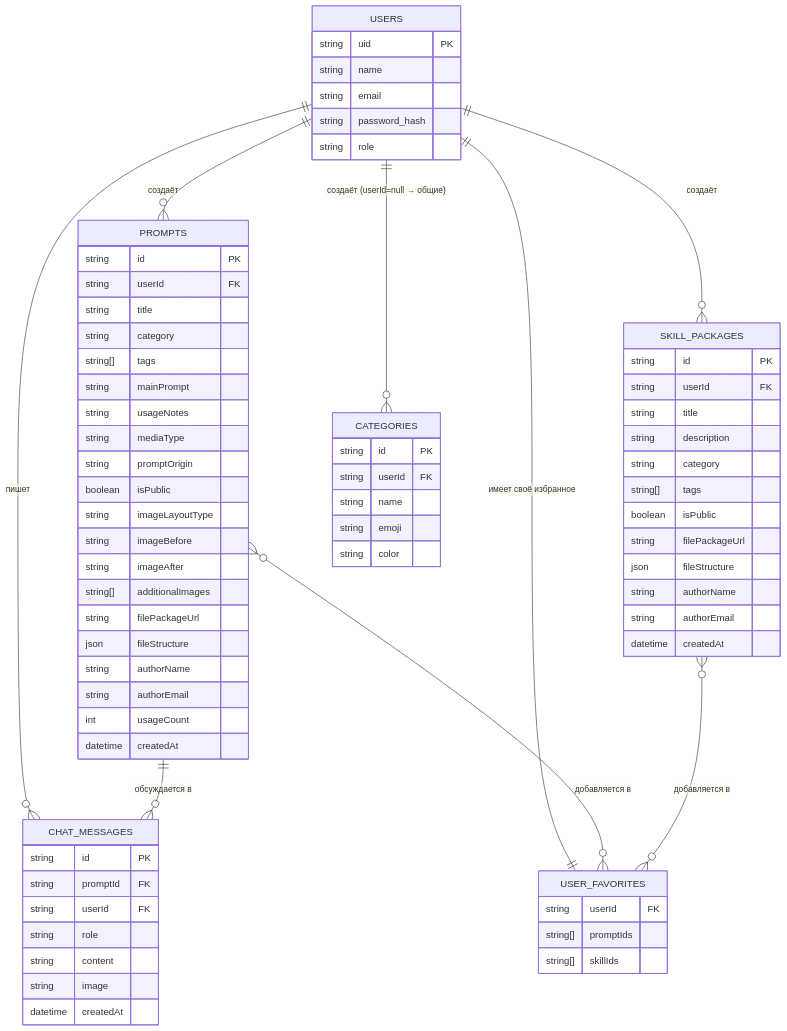
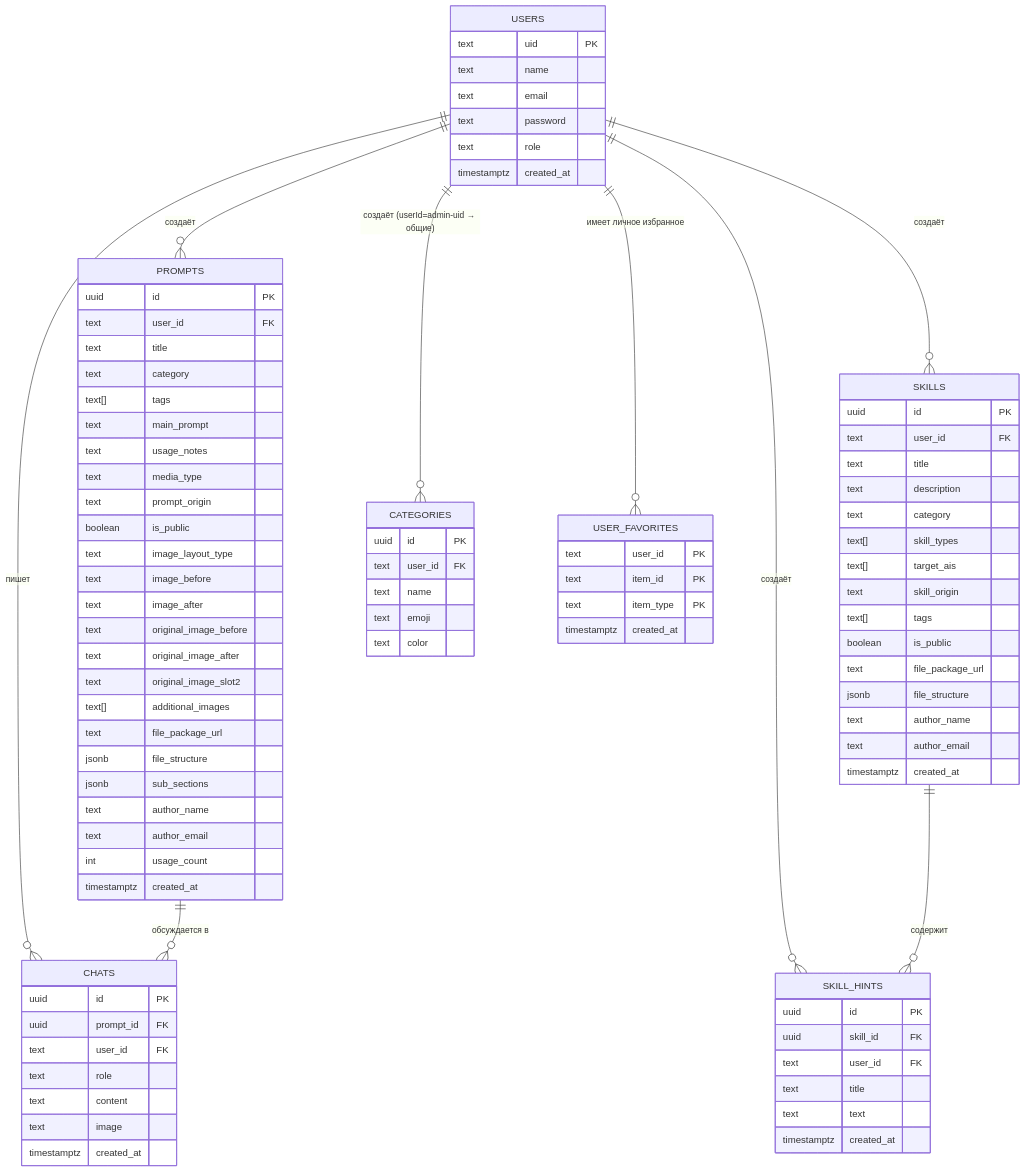
Before and after one commit to evergardenforwork-ui/promptvault: the diagram in Agent/MD_files/DATABASE.md, drawn with Mermaid. The commit also changed other lines of this file and 14 other files, not shown here.

````diff
--- a/Agent/MD_files/DATABASE.md
+++ b/Agent/MD_files/DATABASE.md
@@ -206,81 +30,99 @@
 ```mermaid
 erDiagram
     USERS {
-        string uid PK
-        string name
-        string email
-        string password_hash
-        string role
+        text uid PK
+        text name
+        text email
+        text password
+        text role
+        timestamptz created_at
     }
 
     PROMPTS {
-        string id PK
-        string userId FK
-        string title
-        string category
-        string[] tags
-        string mainPrompt
-        string usageNotes
-        string mediaType
-        string promptOrigin
-        boolean isPublic
-        string imageLayoutType
-        string imageBefore
-        string imageAfter
-        string[] additionalImages
-        string filePackageUrl
-        json fileStructure
-        string authorName
-        string authorEmail
-        int usageCount
-        datetime createdAt
+        uuid id PK
+        text user_id FK
+        text title
+        text category
+        text[] tags
+        text main_prompt
+        text usage_notes
+        text media_type
+        text prompt_origin
+        boolean is_public
+        text image_layout_type
+        text image_before
+        text image_after
+        text original_image_before
+        text original_image_after
+        text original_image_slot2
+        text[] additional_images
+        text file_package_url
+        jsonb file_structure
+        jsonb sub_sections
+        text author_name
+        text author_email
+        int usage_count
+        timestamptz created_at
     }
 
-    SKILL_PACKAGES {
-        string id PK
-        string userId FK
-        string title
-        string description
-        string category
-        string[] tags
-        boolean isPublic
-        string filePackageUrl
-        json fileStructure
-        string authorName
-        string authorEmail
-        datetime createdAt
+    SKILLS {
+        uuid id PK
+        text user_id FK
+        text title
+        text description
+        text category
+        text[] skill_types
+        text[] target_ais
+        text skill_origin
+        text[] tags
+        boolean is_public
+        text file_package_url
+        jsonb file_structure
+        text author_name
+        text author_email
+        timestamptz created_at
+    }
+
+    SKILL_HINTS {
+        uuid id PK
+        uuid skill_id FK
+        text user_id FK
+        text title
+        text text
+        timestamptz created_at
     }
 
     CATEGORIES {
-        string id PK
-        string userId FK
-        string name
-        string emoji
-        string color
+        uuid id PK
+        text user_id FK
+        text name
+        text emoji
+        text color
     }
 
-    CHAT_MESSAGES {
-        string id PK
-        string promptId FK
-        string userId FK
-        string role
-        string content
-        string image
-        datetime createdAt
+    CHATS {
+        uuid id PK
+        uuid prompt_id FK
+        text user_id FK
+        text role
+        text content
+        text image
+        timestamptz created_at
     }
 
     USER_FAVORITES {
-        string userId FK
-        string[] promptIds
-        string[] skillIds
+        text user_id PK
+        text item_id PK
+        text item_type PK
+        timestamptz created_at
     }
 
     USERS ||--o{ PROMPTS : "создаёт"
-    USERS ||--o{ SKILL_PACKAGES : "создаёт"
-    USERS ||--o{ CATEGORIES : "создаёт (userId=null → общие)"
-    USERS ||--o{ CHAT_MESSAGES : "пишет"
-    USERS ||--|| USER_FAVORITES : "имеет своё избранное"
-    PROMPTS ||--o{ CHAT_MESSAGES : "обсуждается в"
-    PROMPTS }o--o{ USER_FAVORITES : "добавляется в"
-    SKILL_PACKAGES }o--o{ USER_FAVORITES : "добавляется в"
+    USERS ||--o{ SKILLS : "создаёт"
+    USERS ||--o{ CATEGORIES : "создаёт (userId=admin-uid → общие)"
+    USERS ||--o{ CHATS : "пишет"
+    USERS ||--o{ USER_FAVORITES : "имеет личное избранное"
+    USERS ||--o{ SKILL_HINTS : "создаёт"
+    PROMPTS ||--o{ CHATS : "обсуждается в"
+    SKILLS ||--o{ SKILL_HINTS : "содержит"
 ```
````
